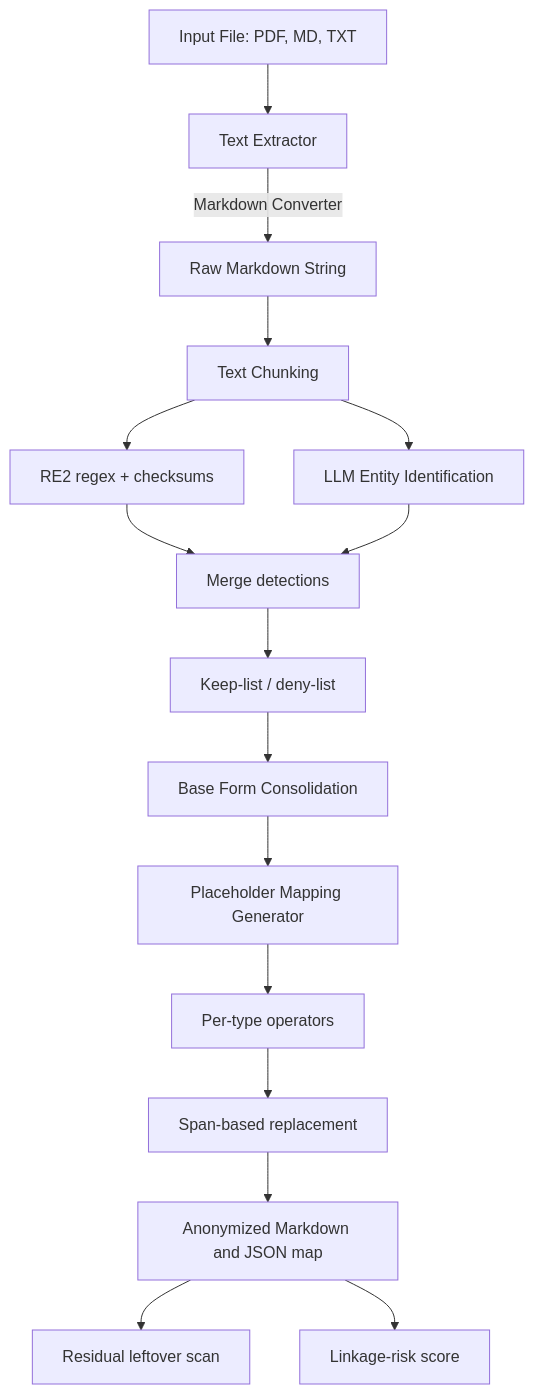
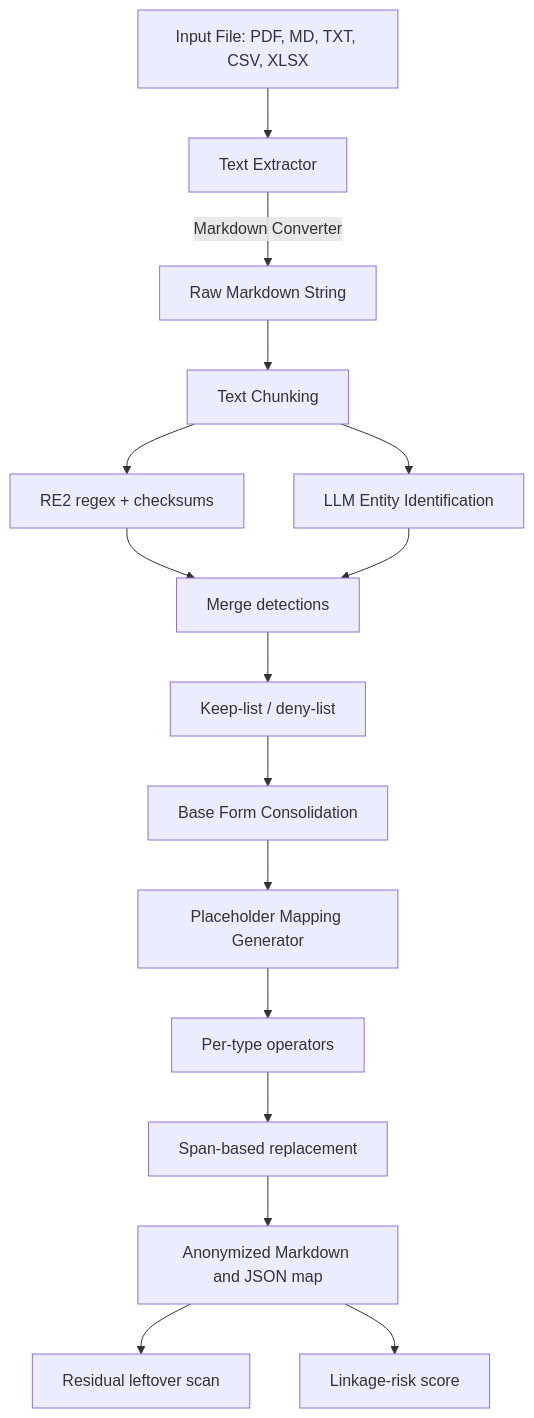
The diagram in docs/project/architecture.md (leo-gan/anonymizer), drawn with Mermaid before and after one commit. The commit also changed other lines of this file and 16 other files, not shown here.

````diff
--- a/docs/project/architecture.md
+++ b/docs/project/architecture.md
@@ -38,18 +38,18 @@
 ```mermaid
 graph TD
-    File[Input File: PDF, MD, TXT] --> Ext[Text Extractor]
+    File[Input File: PDF, MD, TXT, CSV, XLSX] --> Ext[Text Extractor]
     Ext -->|Markdown Converter| RawMD[Raw Markdown String]
     RawMD --> Chunk[Text Chunking]
     Chunk --> Regex[RE2 regex + checksums]
     Chunk --> LLM[LLM Entity Identification]
     Regex --> Merge[Merge detections]
     LLM --> Merge
     Merge --> Gaz[Keep-list / deny-list]
     Gaz --> Cons[Base Form Consolidation]
     Cons --> MapGen[Placeholder Mapping Generator]
     MapGen --> Ops[Per-type operators]
     Ops --> Repl[Span-based replacement]
     Repl --> Output[Anonymized Markdown and JSON map]
     Output --> Verify[Residual leftover scan]
     Output --> Risk[Linkage-risk score]
 ```
````
